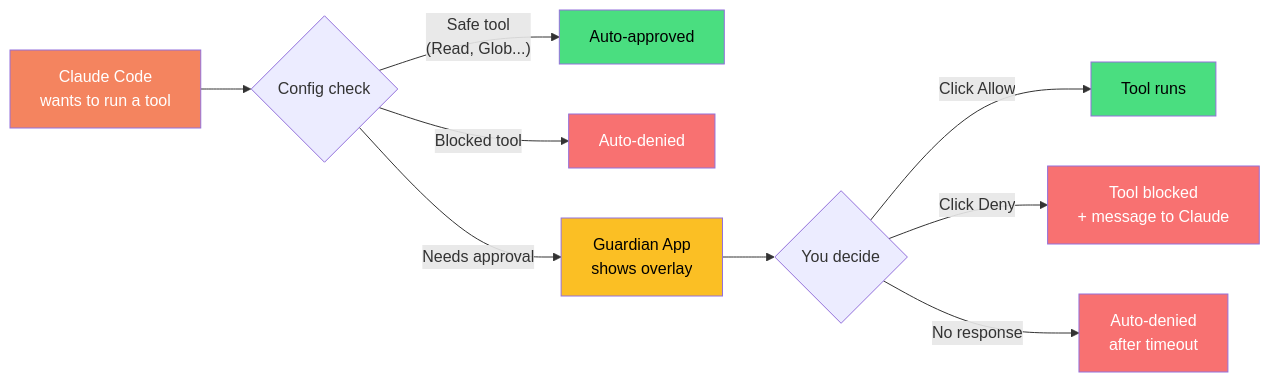
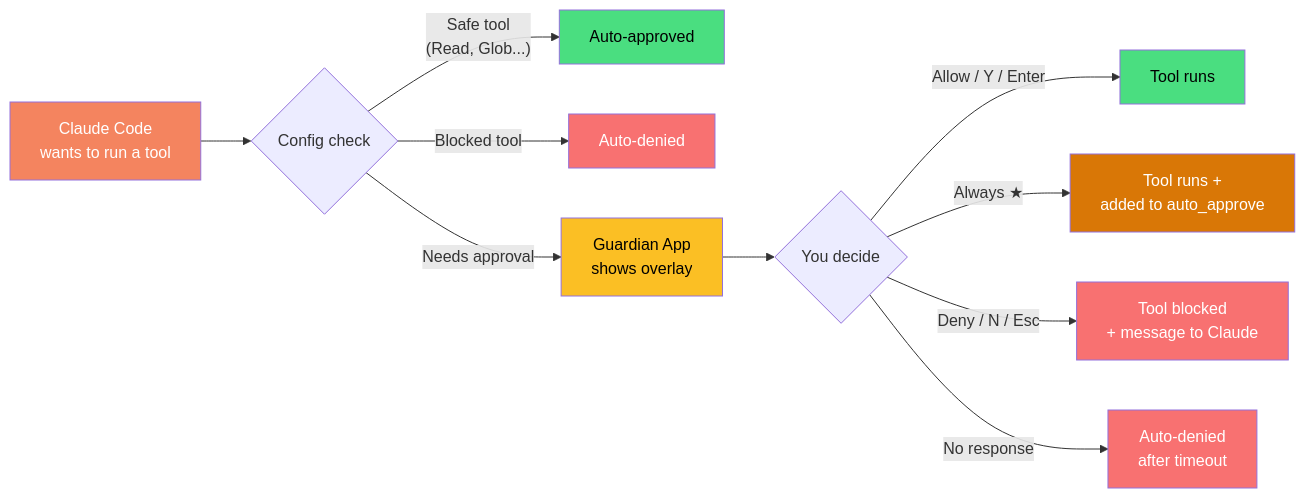
One commit to anshaneja5/Claude-Guardian changed the diagram in README.md. Above: the diagram before and after it, drawn with Mermaid. The commit also changed other lines of this file and 2 other files, not shown here.

````diff
--- a/README.md
+++ b/README.md
@@ -21,19 +21,22 @@
 ```mermaid
 flowchart LR
     A["Claude Code\nwants to run a tool"] --> B{"Config check"}
     B -->|"Safe tool\n(Read, Glob...)"| C["Auto-approved"]
     B -->|"Blocked tool"| D["Auto-denied"]
     B -->|"Needs approval"| E["Guardian App\nshows overlay"]
     E --> F{"You decide"}
-    F -->|"Click Allow"| G["Tool runs"]
-    F -->|"Click Deny"| H["Tool blocked\n+ message to Claude"]
+    F -->|"Allow / Y / Enter"| G["Tool runs"]
+    F -->|"Always ★"| J["Tool runs +\nadded to auto_approve"]
+    F -->|"Deny / N / Esc"| H["Tool blocked\n+ message to Claude"]
     F -->|"No response"| I["Auto-denied\nafter timeout"]
+
+    style J fill:#d97706,color:#fff
 
     style A fill:#f4845f,color:#fff
     style C fill:#4ade80,color:#000
     style D fill:#f87171,color:#fff
     style E fill:#fbbf24,color:#000
     style G fill:#4ade80,color:#000
     style H fill:#f87171,color:#fff
     style I fill:#f87171,color:#fff
 ```
````
